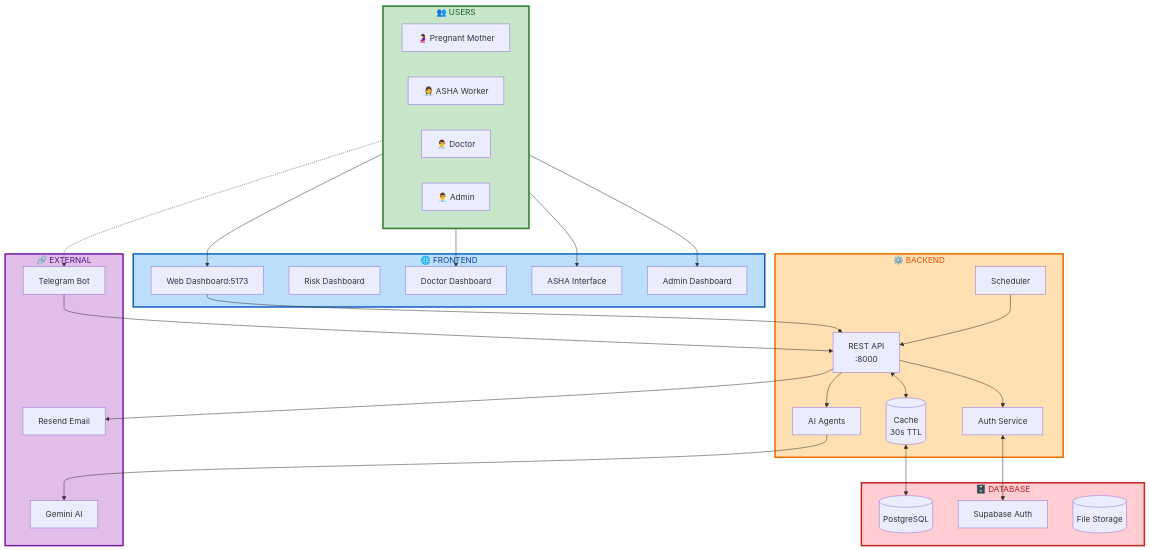
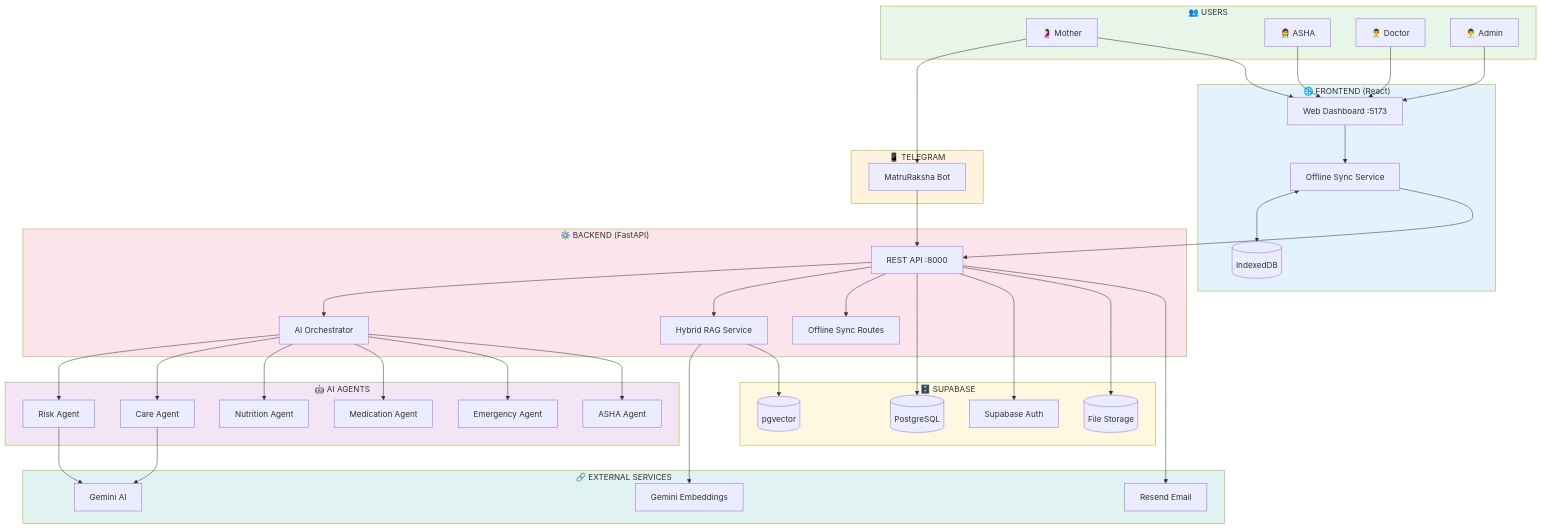
The first of 4 diagrams in README.md (AIUtsavBot/aanchal_ai), drawn with Mermaid before and after one commit. The commit also changed other lines of this file and 1 other file, not shown here.

````diff
--- a/README.md
+++ b/README.md
@@ -116,61 +63,84 @@
 ```mermaid
 flowchart TB
     subgraph USERS[" 👥 USERS "]
-        direction LR
-        Mother["🤰 Pregnant Mother"]
-        ASHA["👩‍⚕️ ASHA Worker"]
+        Mother["🤰 Mother"]
+        ASHA["👩‍⚕️ ASHA"]
         Doctor["👨‍⚕️ Doctor"]
         Admin["👨‍💼 Admin"]
     end
 
-    subgraph FRONTEND[" 🌐 FRONTEND "]
-        WebApp["Web Dashboard:5173"]
-        RiskDash["Risk Dashboard"]
-        DoctorDash["Doctor Dashboard"]
-        ASHAPanel["ASHA Interface"]
-        AdminDash["Admin Dashboard"]
+    subgraph FRONTEND[" 🌐 FRONTEND (React) "]
+        WebApp["Web Dashboard :5173"]
+        OfflineSync["Offline Sync Service"]
+        IndexedDB[("IndexedDB")]
     end
 
-    subgraph BACKEND[" ⚙️ BACKEND "]
-        API["REST API\n:8000"]
-        AuthSvc["Auth Service"]
-        CacheSvc[("Cache\n30s TTL")]
-        AgentsSvc["AI Agents"]
-        Scheduler["Scheduler"]
+    subgraph TELEGRAM[" 📱 TELEGRAM "]
+        TGBot["MatruRaksha Bot"]
     end
 
-    subgraph EXTERNAL[" 🔗 EXTERNAL "]
-        TG["Telegram Bot"]
-        Gemini["Gemini AI"]
-        Email["Resend Email"]
+    subgraph BACKEND[" ⚙️ BACKEND (FastAPI) "]
+        API["REST API :8000"]
+        Orchestrator["AI Orchestrator"]
+        RAGService["Hybrid RAG Service"]
+        SyncRoutes["Offline Sync Routes"]
     end
 
-    subgraph DATABASE[" 🗄️ DATABASE "]
+    subgraph AI_AGENTS[" 🤖 AI AGENTS "]
+        Risk["Risk Agent"]
+        Care["Care Agent"]
+        Nutrition["Nutrition Agent"]
+        Medication["Medication Agent"]
+        Emergency["Emergency Agent"]
+        ASHAAgent["ASHA Agent"]
+    end
+
+    subgraph EXTERNAL[" 🔗 EXTERNAL SERVICES "]
+        Gemini["Gemini AI"]
+        GeminiEmbed["Gemini Embeddings"]
+        Resend["Resend Email"]
+    end
+
+    subgraph DATABASE[" 🗄️ SUPABASE "]
         PG[("PostgreSQL")]
-        SupaAuth["Supabase Auth"]
+        pgvector[("pgvector")]
+        Auth["Supabase Auth"]
         Storage[("File Storage")]
     end
 
-    Mother -.-> TG
+    Mother --> TGBot
     Mother --> WebApp
-    ASHA --> ASHAPanel
-    Doctor --> DoctorDash
-    Admin --> AdminDash
+    ASHA --> WebApp
+    Doctor --> WebApp
+    Admin --> WebApp
 
-    WebApp --> API
-    TG --> API
-    API <--> CacheSvc
-    CacheSvc <--> PG
-    API --> AuthSvc
-    AuthSvc <--> SupaAuth
-    API --> AgentsSvc
-    AgentsSvc --> Gemini
-    API --> Email
-    Scheduler --> API
+    TGBot --> API
+    WebApp --> OfflineSync
+    OfflineSync <--> IndexedDB
+    OfflineSync --> API
 
-    style USERS fill:#c8e6c9,stroke:#2e7d32,stroke-width:3px,color:#1b5e20
-    style FRONTEND fill:#bbdefb,stroke:#1565c0,stroke-width:3px,color:#0d47a1
-    style BACKEND fill:#ffe0b2,stroke:#ef6c00,stroke-width:3px,color:#e65100
-    style EXTERNAL fill:#e1bee7,stroke:#7b1fa2,stroke-width:3px,color:#4a148c
-    style DATABASE fill:#ffcdd2,stroke:#c62828,stroke-width:3px,color:#b71c1c
+    API --> Orchestrator
+    API --> RAGService
+    API --> SyncRoutes
+    
+    Orchestrator --> Risk & Care & Nutrition
+    Orchestrator --> Medication & Emergency & ASHAAgent
+    
+    RAGService --> GeminiEmbed
+    RAGService --> pgvector
+    
+    Risk & Care --> Gemini
+    
+    API --> PG
+    API --> Auth
+    API --> Storage
+    API --> Resend
+
+    style USERS fill:#e8f5e9
+    style FRONTEND fill:#e3f2fd
+    style TELEGRAM fill:#fff3e0
+    style BACKEND fill:#fce4ec
+    style AI_AGENTS fill:#f3e5f5
+    style EXTERNAL fill:#e0f2f1
+    style DATABASE fill:#fff8e1
 ```
````
